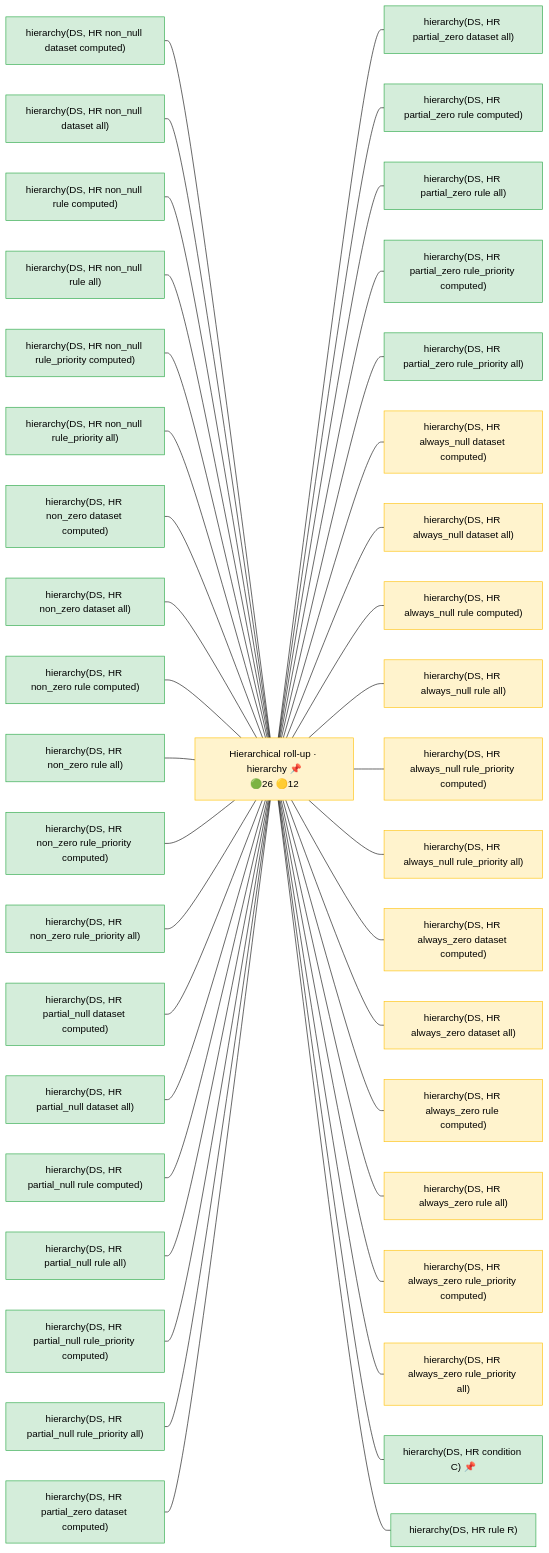
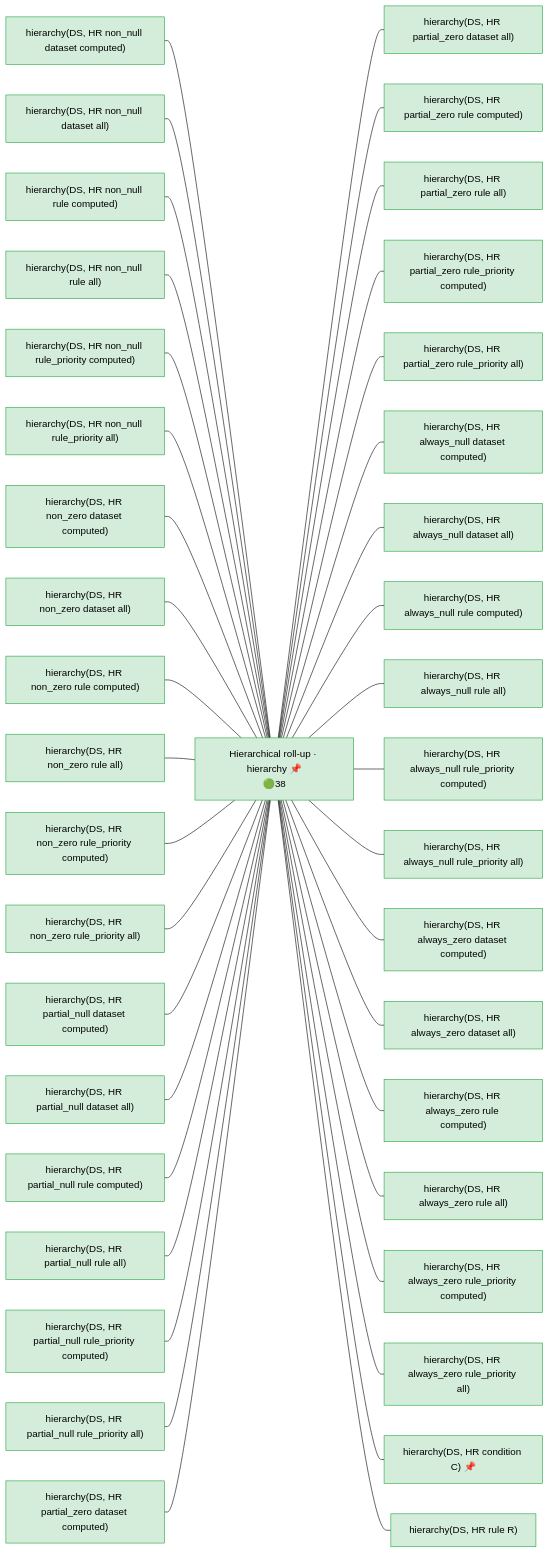
The diagram in docs/operator_map/hierarchy/hierarchy.rst (Meaningful-Data/vtlengine), drawn with Mermaid (base theme) before and after one commit. The commit also changed other lines of this file and 175 other files, not shown here.

```diff
--- a/docs/operator_map/hierarchy/hierarchy.rst
+++ b/docs/operator_map/hierarchy/hierarchy.rst
@@ -32,7 +32,7 @@
        classDef diverge fill:#cce5ff,stroke:#007bff,color:#000
        classDef block fill:#2b3a4a,stroke:#2b3a4a,color:#fff,font-weight:bold
        classDef ext fill:#fff,stroke:#666,color:#000,stroke-dasharray: 5 5
-       O["Hierarchical roll-up · hierarchy 📌<br/>🟢26 🟡12"]:::partial
+       O["Hierarchical roll-up · hierarchy 📌<br/>🟢38"]:::ok
        v_non_null_dataset_computed["hierarchy(DS, HR non_null dataset computed)"]:::ok
        v_non_null_dataset_all["hierarchy(DS, HR non_null dataset all)"]:::ok
        v_non_null_rule_computed["hierarchy(DS, HR non_null rule computed)"]:::ok
@@ -57,18 +57,18 @@
        v_partial_zero_rule_all["hierarchy(DS, HR partial_zero rule all)"]:::ok
        v_partial_zero_rule_priority_computed["hierarchy(DS, HR partial_zero rule_priority computed)"]:::ok
        v_partial_zero_rule_priority_all["hierarchy(DS, HR partial_zero rule_priority all)"]:::ok
-       v_always_null_dataset_computed["hierarchy(DS, HR always_null dataset computed)"]:::partial
-       v_always_null_dataset_all["hierarchy(DS, HR always_null dataset all)"]:::partial
-       v_always_null_rule_computed["hierarchy(DS, HR always_null rule computed)"]:::partial
-       v_always_null_rule_all["hierarchy(DS, HR always_null rule all)"]:::partial
-       v_always_null_rule_priority_computed["hierarchy(DS, HR always_null rule_priority computed)"]:::partial
-       v_always_null_rule_priority_all["hierarchy(DS, HR always_null rule_priority all)"]:::partial
-       v_always_zero_dataset_computed["hierarchy(DS, HR always_zero dataset computed)"]:::partial
-       v_always_zero_dataset_all["hierarchy(DS, HR always_zero dataset all)"]:::partial
-       v_always_zero_rule_computed["hierarchy(DS, HR always_zero rule computed)"]:::partial
-       v_always_zero_rule_all["hierarchy(DS, HR always_zero rule all)"]:::partial
-       v_always_zero_rule_priority_computed["hierarchy(DS, HR always_zero rule_priority computed)"]:::partial
-       v_always_zero_rule_priority_all["hierarchy(DS, HR always_zero rule_priority all)"]:::partial
+       v_always_null_dataset_computed["hierarchy(DS, HR always_null dataset computed)"]:::ok
+       v_always_null_dataset_all["hierarchy(DS, HR always_null dataset all)"]:::ok
+       v_always_null_rule_computed["hierarchy(DS, HR always_null rule computed)"]:::ok
+       v_always_null_rule_all["hierarchy(DS, HR always_null rule all)"]:::ok
+       v_always_null_rule_priority_computed["hierarchy(DS, HR always_null rule_priority computed)"]:::ok
+       v_always_null_rule_priority_all["hierarchy(DS, HR always_null rule_priority all)"]:::ok
+       v_always_zero_dataset_computed["hierarchy(DS, HR always_zero dataset computed)"]:::ok
+       v_always_zero_dataset_all["hierarchy(DS, HR always_zero dataset all)"]:::ok
+       v_always_zero_rule_computed["hierarchy(DS, HR always_zero rule computed)"]:::ok
+       v_always_zero_rule_all["hierarchy(DS, HR always_zero rule all)"]:::ok
+       v_always_zero_rule_priority_computed["hierarchy(DS, HR always_zero rule_priority computed)"]:::ok
+       v_always_zero_rule_priority_all["hierarchy(DS, HR always_zero rule_priority all)"]:::ok
        v_condition["hierarchy(DS, HR condition C) 📌"]:::ok
        v_valuedomain_rule["hierarchy(DS, HR rule R)"]:::ok
        v_non_null_dataset_computed --- O
```
